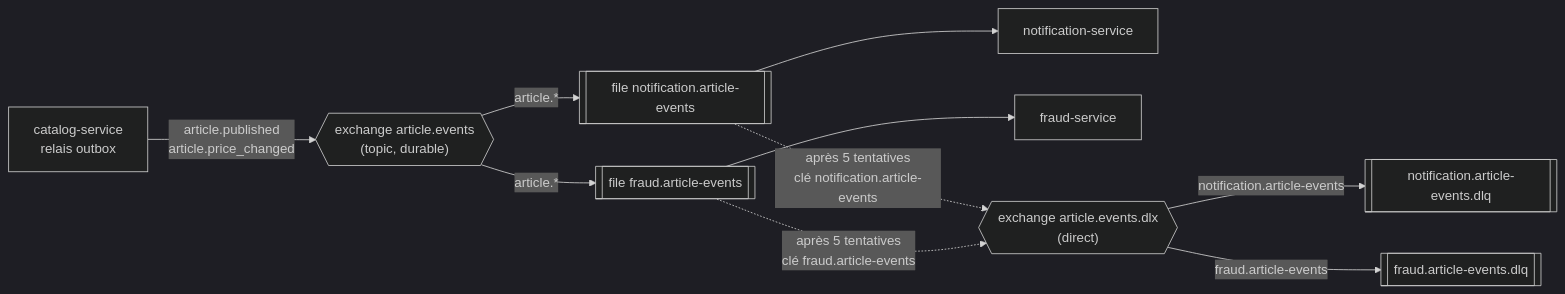
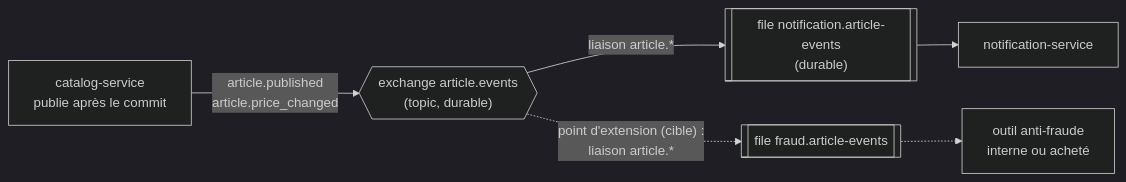
The first of 3 diagrams in docs/02-architecture/contrats.md (Luucaaas/collector-poc), drawn with Mermaid (dark theme) before and after one commit. The commit also changed other lines of this file and 36 other files, not shown here.

````diff
--- a/docs/02-architecture/contrats.md
+++ b/docs/02-architecture/contrats.md
@@ -172,13 +156,9 @@
 ```mermaid
 flowchart LR
     %% id: topologie-rabbitmq
-    C[catalog-service<br/>relais outbox] -- "article.published<br/>article.price_changed" --> X{{"exchange article.events<br/>(topic, durable)"}}
-    X -- "article.*" --> QN[["file notification.article-events"]]
-    X -- "article.*" --> QF[["file fraud.article-events"]]
-    QN --> N[notification-service]
-    QF --> F[fraud-service]
-    QN -. "après 5 tentatives<br/>clé notification.article-events" .-> DLX{{"exchange article.events.dlx<br/>(direct)"}}
-    QF -. "après 5 tentatives<br/>clé fraud.article-events" .-> DLX
-    DLX -- "notification.article-events" --> DQN[["notification.article-events.dlq"]]
-    DLX -- "fraud.article-events" --> DQF[["fraud.article-events.dlq"]]
+    C["catalog-service<br/>publie après le commit"] -- "article.published<br/>article.price_changed" --> X{{"exchange article.events<br/>(topic, durable)"}}
+    X -- "liaison article.*" --> QN[["file notification.article-events<br/>(durable)"]]
+    QN --> N["notification-service"]
+    X -. "point d'extension (cible) :<br/>liaison article.*" .-> QF[["file fraud.article-events"]]
+    QF -.-> F["outil anti-fraude<br/>interne ou acheté"]
 ```
````
